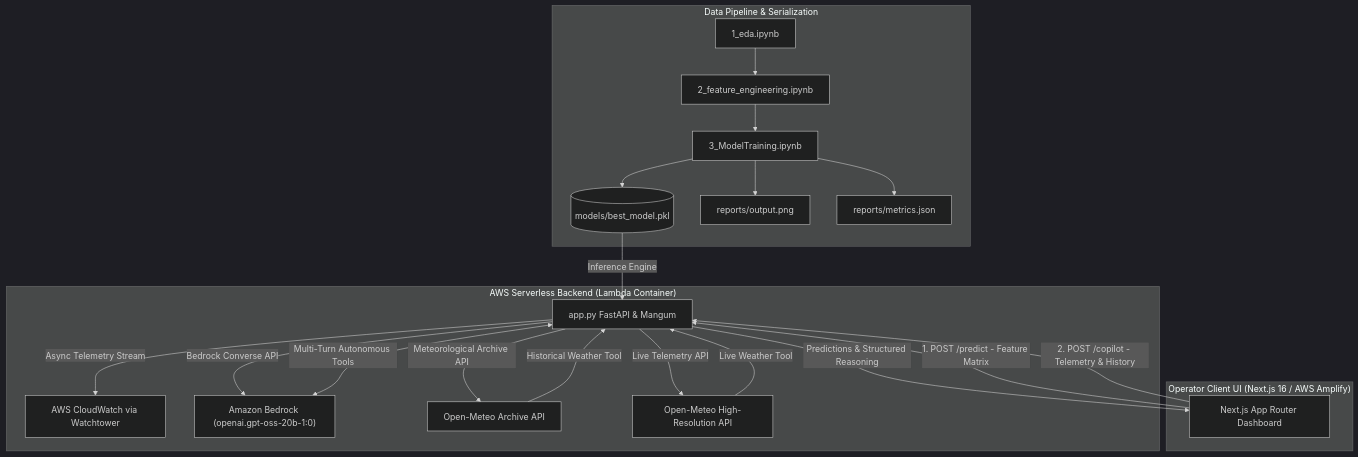
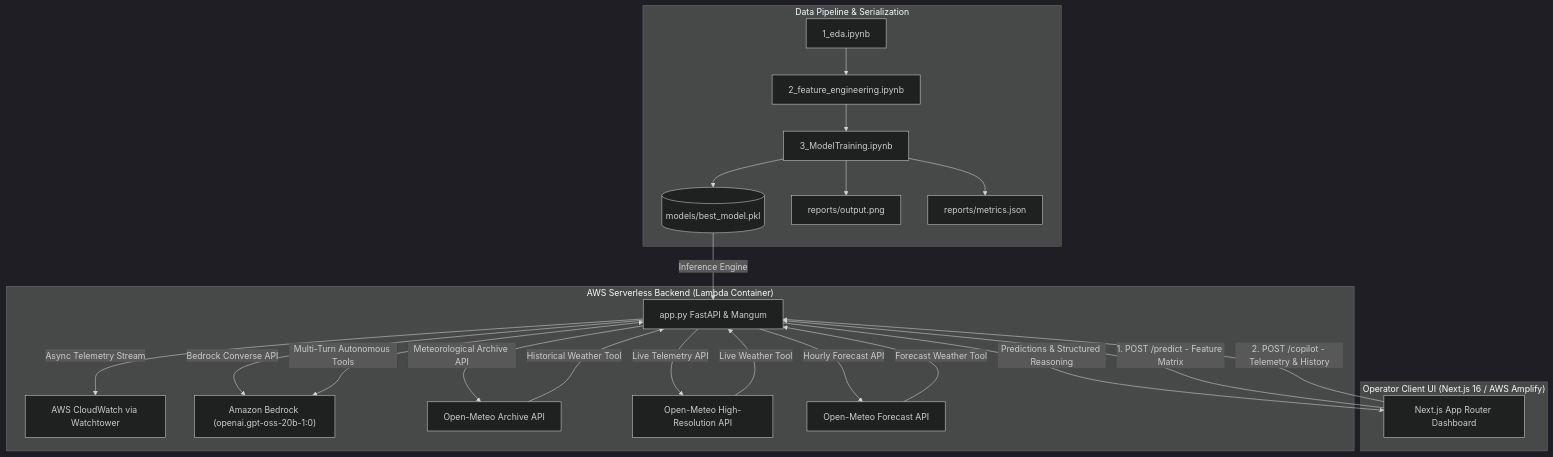
One commit to akhi-lbj/pjme_energy_consumption_estimator changed the diagram in README.md. Above: the diagram before and after it, drawn with Mermaid (dark theme). The commit also changed other lines of this file and 2 other files, not shown here.

Commit message:
feat(weather): add hourly forecast tool, endpoint, tests, and update architecture diagram

````diff
--- a/README.md
+++ b/README.md
@@ -21,29 +21,31 @@
 ```mermaid
 graph TB
     subgraph Pipeline["Data Pipeline & Serialization"]
         EDA["1_eda.ipynb"] --> FE["2_feature_engineering.ipynb"]
         FE --> MT["3_ModelTraining.ipynb"]
         MT --> Model[("models/best_model.pkl")]
         MT --> RepFig["reports/output.png"]
         MT --> RepMet["reports/metrics.json"]
     end
 
     subgraph Backend["AWS Serverless Backend (Lambda Container)"]
         API["app.py FastAPI & Mangum"]
         Model -->|Inference Engine| API
         API -->|Async Telemetry Stream| CW["AWS CloudWatch via Watchtower"]
         API -->|Bedrock Converse API| Bedrock["Amazon Bedrock (openai.gpt-oss-20b-1:0)"]
         API -->|Meteorological Archive API| HistWeather["Open-Meteo Archive API"]
         API -->|Live Telemetry API| LiveWeather["Open-Meteo High-Resolution API"]
+        API -->|Hourly Forecast API| ForeWeather["Open-Meteo Forecast API"]
         HistWeather -->|Historical Weather Tool| API
         LiveWeather -->|Live Weather Tool| API
+        ForeWeather -->|Forecast Weather Tool| API
         Bedrock <-->|Multi-Turn Autonomous Tools| API
     end
 
     subgraph Client["Operator Client UI (Next.js 16 / AWS Amplify)"]
         FE_UI["Next.js App Router Dashboard"]
         FE_UI -->|1. POST /predict - Feature Matrix| API
         FE_UI -->|2. POST /copilot - Telemetry & History| API
         API -->|Predictions & Structured Reasoning| FE_UI
     end
 ```
````
